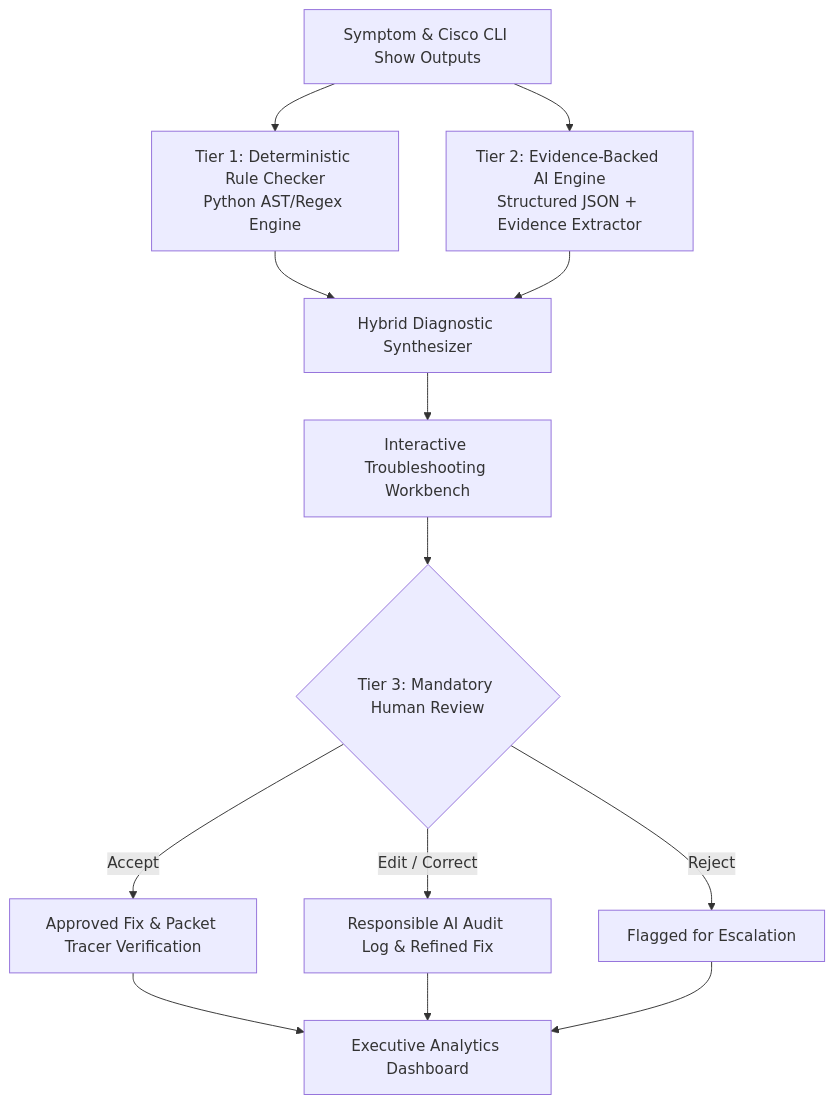
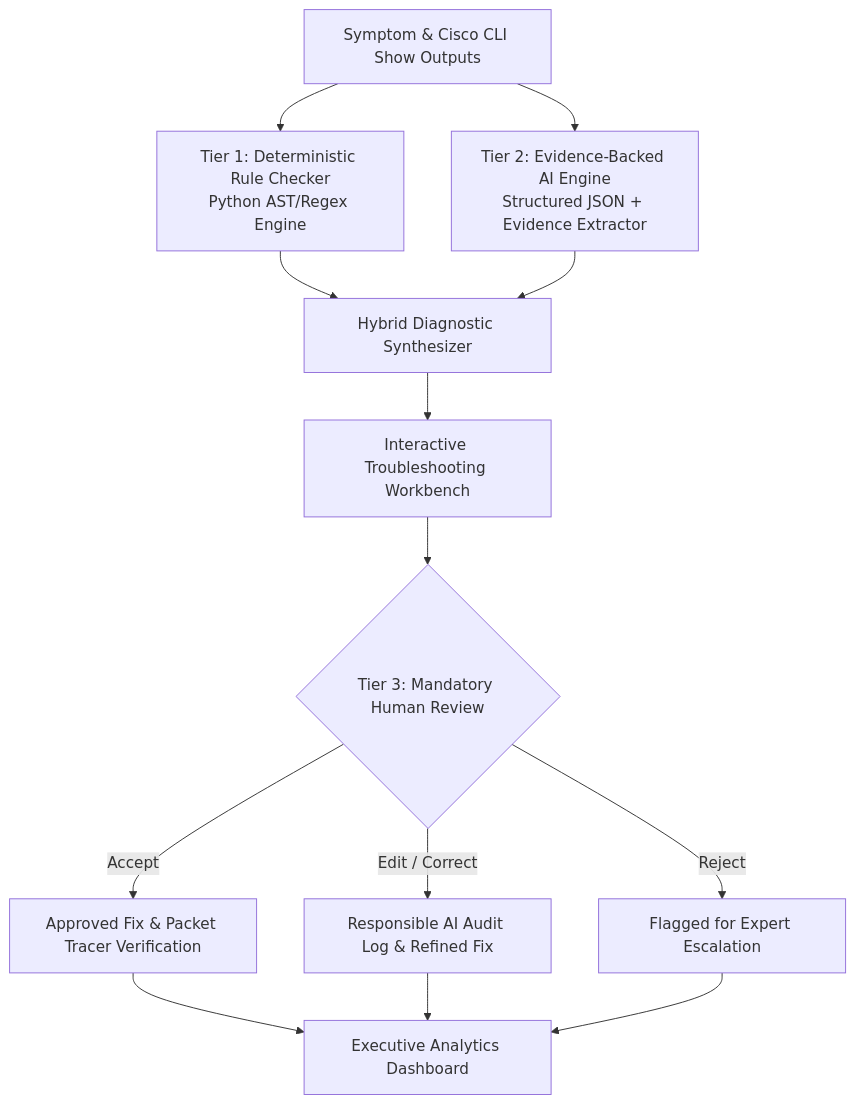
One commit to omrahatal14-sketch/NetSage-AI changed the diagram in README.md. Above: the diagram before and after it, drawn with Mermaid. The commit also changed other lines of this file, not shown here.

````diff
--- a/README.md
+++ b/README.md
@@ -59,15 +44,15 @@
 ```mermaid
 flowchart TD
     A[Symptom & Cisco CLI Show Outputs] --> B[Tier 1: Deterministic Rule Checker\nPython AST/Regex Engine]
     A --> C[Tier 2: Evidence-Backed AI Engine\nStructured JSON + Evidence Extractor]
     B --> D[Hybrid Diagnostic Synthesizer]
     C --> D
     D --> E[Interactive Troubleshooting Workbench]
     E --> F{Tier 3: Mandatory Human Review}
     F -->|Accept| G[Approved Fix & Packet Tracer Verification]
     F -->|Edit / Correct| H[Responsible AI Audit Log & Refined Fix]
-    F -->|Reject| I[Flagged for Escalation]
+    F -->|Reject| I[Flagged for Expert Escalation]
     G --> J[Executive Analytics Dashboard]
     H --> J
     I --> J
 ```
````
